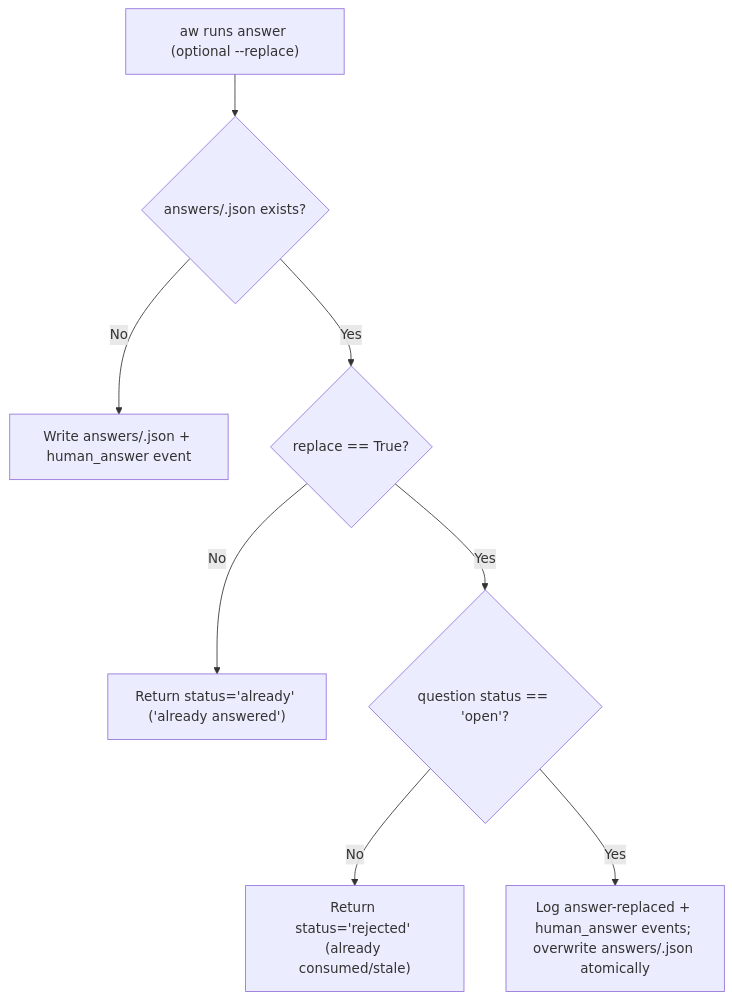
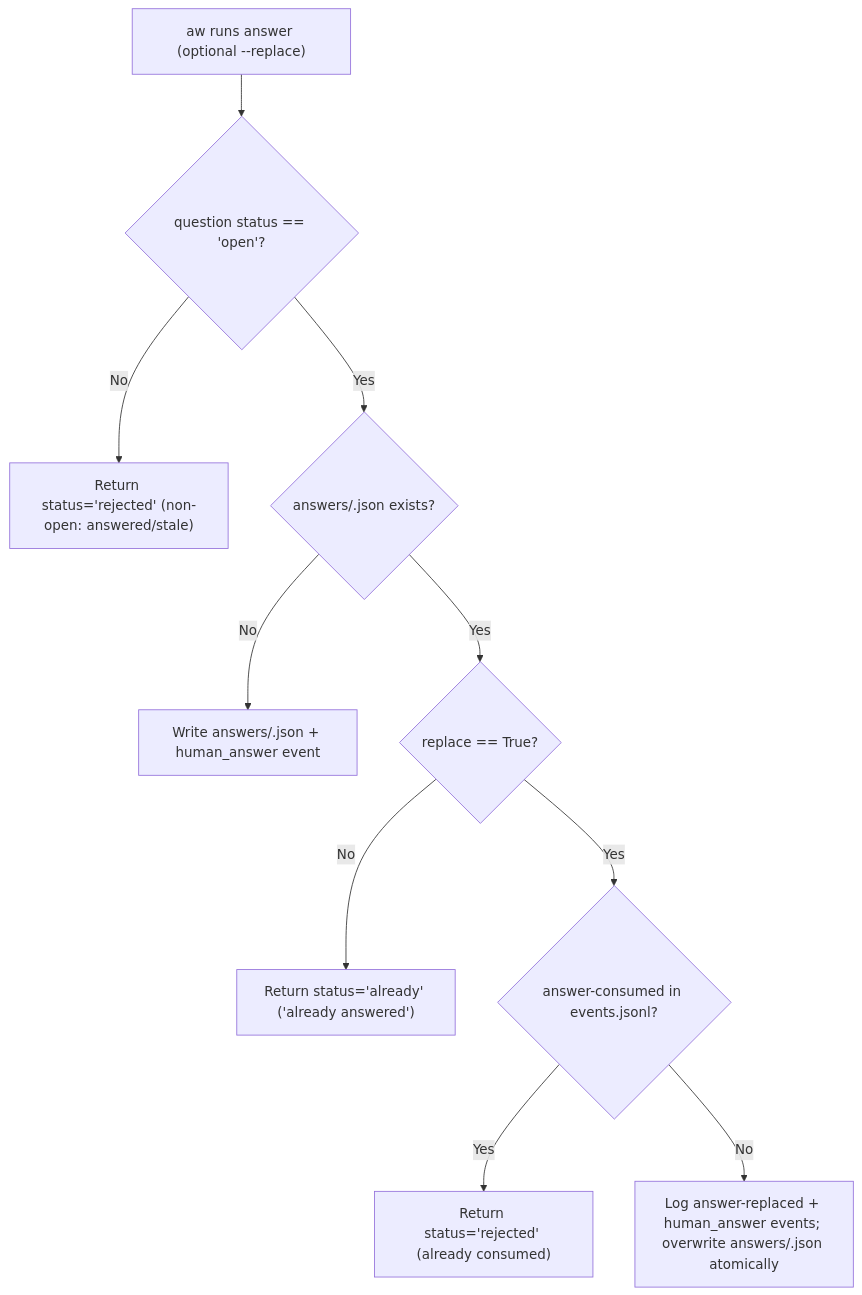
One commit to fariello/agent-workflows changed the diagram in .aw/records/plans/pending/20261117-reanswer-01-04ygpo-support-replacing-or-updating-unconsumed-answers-in-aw-runs.ipd.md. Above: the diagram before and after it, drawn with Mermaid. The commit also changed other lines of this file and 1 other file, not shown here.

````diff
--- a/.aw/records/plans/pending/20261117-reanswer-01-04ygpo-support-replacing-or-updating-unconsumed-answers-in-aw-runs.ipd.md
+++ b/.aw/records/plans/pending/20261117-reanswer-01-04ygpo-support-replacing-or-updating-unconsumed-answers-in-aw-runs.ipd.md
@@ -81,10 +87,12 @@
 ```mermaid
 flowchart TD
-    A["aw runs answer (optional --replace)"] --> B{"answers/<qid>.json exists?"}
-    B -->|No| C["Write answers/<qid>.json + human_answer event"]
-    B -->|Yes| D{"replace == True?"}
-    D -->|No| E["Return status='already' ('already answered')"]
-    D -->|Yes| F{"question status == 'open'?"}
-    F -->|No| G["Return status='rejected' (already consumed/stale)"]
-    F -->|Yes| H["Log answer-replaced + human_answer events; overwrite answers/<qid>.json atomically"]
+    A["aw runs answer (optional --replace)"] --> B{"question status == 'open'?"}
+    B -->|No| G["Return status='rejected' (non-open: answered/stale)"]
+    B -->|Yes| C{"answers/<qid>.json exists?"}
+    C -->|No| D["Write answers/<qid>.json + human_answer event"]
+    C -->|Yes| E{"replace == True?"}
+    E -->|No| F["Return status='already' ('already answered')"]
+    E -->|Yes| H{"answer-consumed in events.jsonl?"}
+    H -->|Yes| I["Return status='rejected' (already consumed)"]
+    H -->|No| J["Log answer-replaced + human_answer events; overwrite answers/<qid>.json atomically"]
 ```
````
